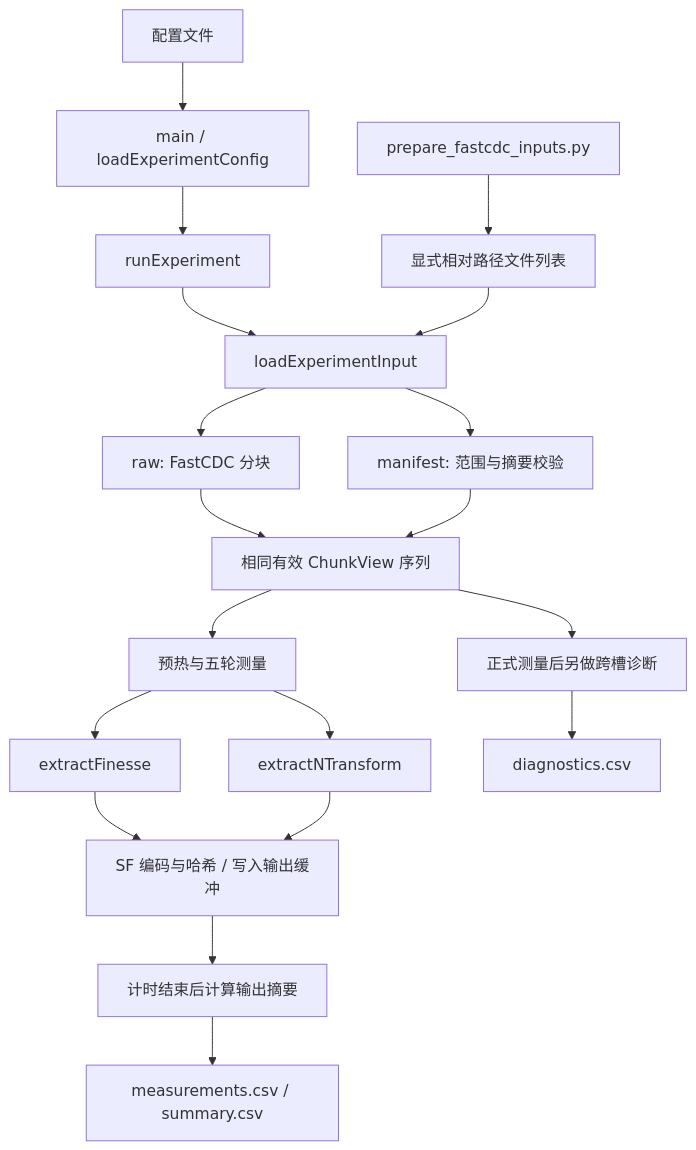
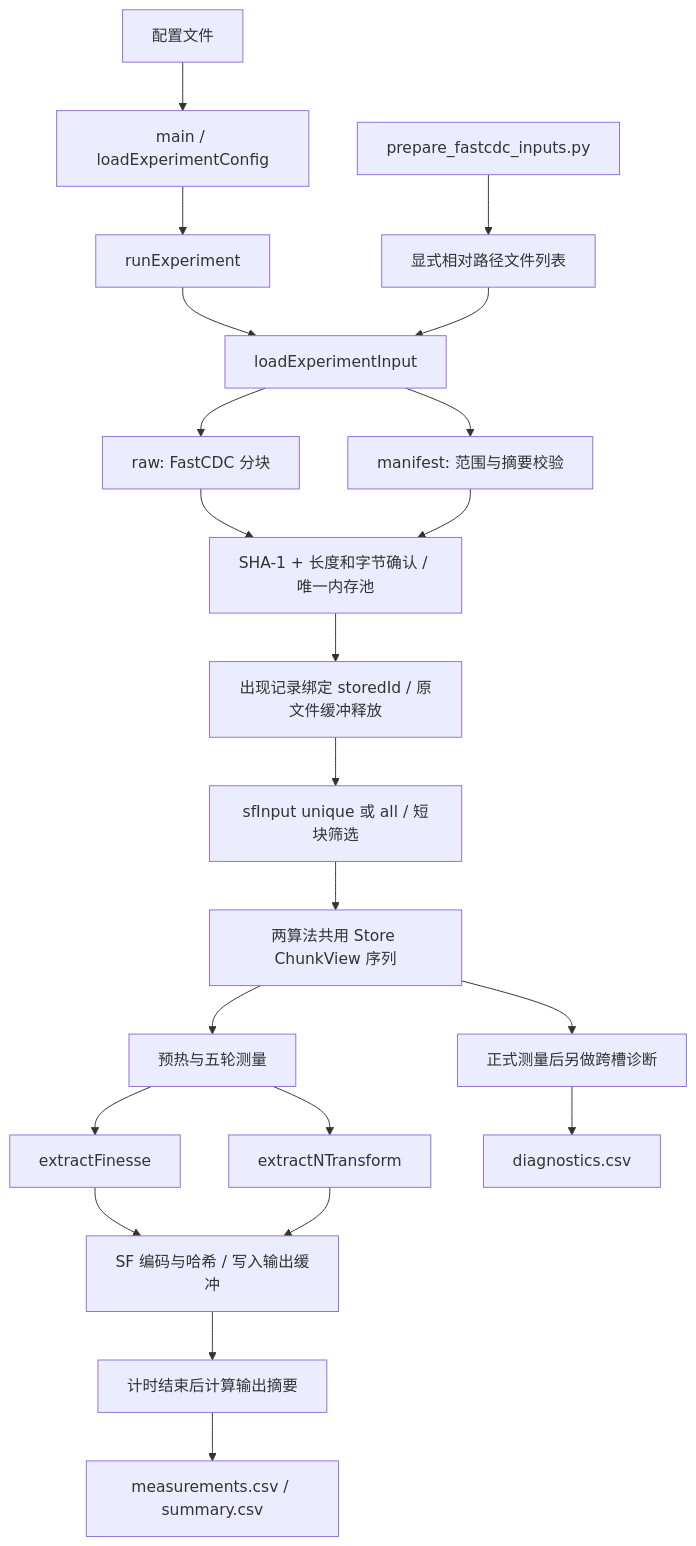
One commit to ADGaiNai6657/Finesse changed the diagram in docs/13-code-review-guide.md. Above: the diagram before and after it, drawn with Mermaid. The commit also changed other lines of this file and 80 other files, not shown here.

Commit message:
Add SHA-1 dedup store, xdelta delta pipeline, and validation docs

````diff
--- a/docs/13-code-review-guide.md
+++ b/docs/13-code-review-guide.md
@@ -70,21 +80,24 @@
 ```mermaid
 flowchart TD
     P[prepare_fastcdc_inputs.py] --> L[显式相对路径文件列表]
     C[配置文件] --> M[main / loadExperimentConfig]
     M --> R[runExperiment]
     R --> I[loadExperimentInput]
     L --> I
     I --> CDC[raw: FastCDC 分块]
     I --> MF[manifest: 范围与摘要校验]
-    CDC --> V[相同有效 ChunkView 序列]
-    MF --> V
+    CDC --> CS[SHA-1 + 长度和字节确认 / 唯一内存池]
+    MF --> CS
+    CS --> REFS[出现记录绑定 storedId / 原文件缓冲释放]
+    REFS --> SEL[sfInput unique 或 all / 短块筛选]
+    SEL --> V[两算法共用 Store ChunkView 序列]
     V --> T[预热与五轮测量]
     T --> F[extractFinesse]
     T --> N[extractNTransform]
     F --> S[SF 编码与哈希 / 写入输出缓冲]
     N --> S
     S --> O[计时结束后计算输出摘要]
     O --> CSV[measurements.csv / summary.csv]
     V --> D[正式测量后另做跨槽诊断]
     D --> DC[diagnostics.csv]
 ```
````
